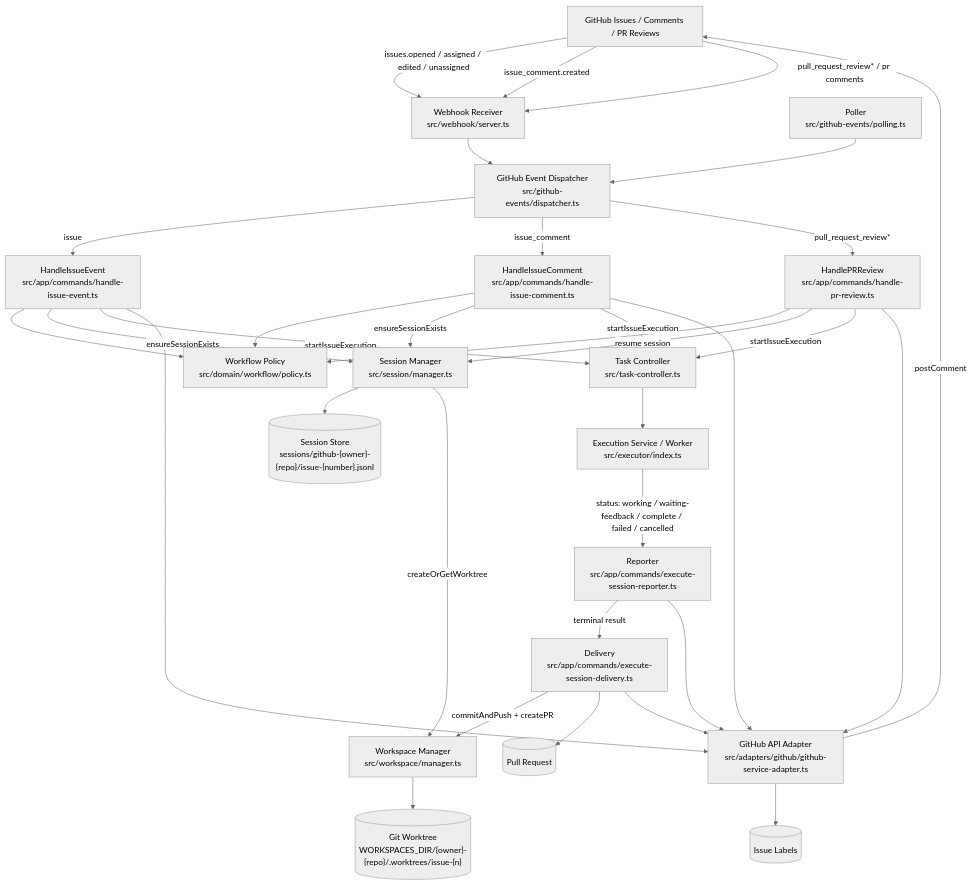
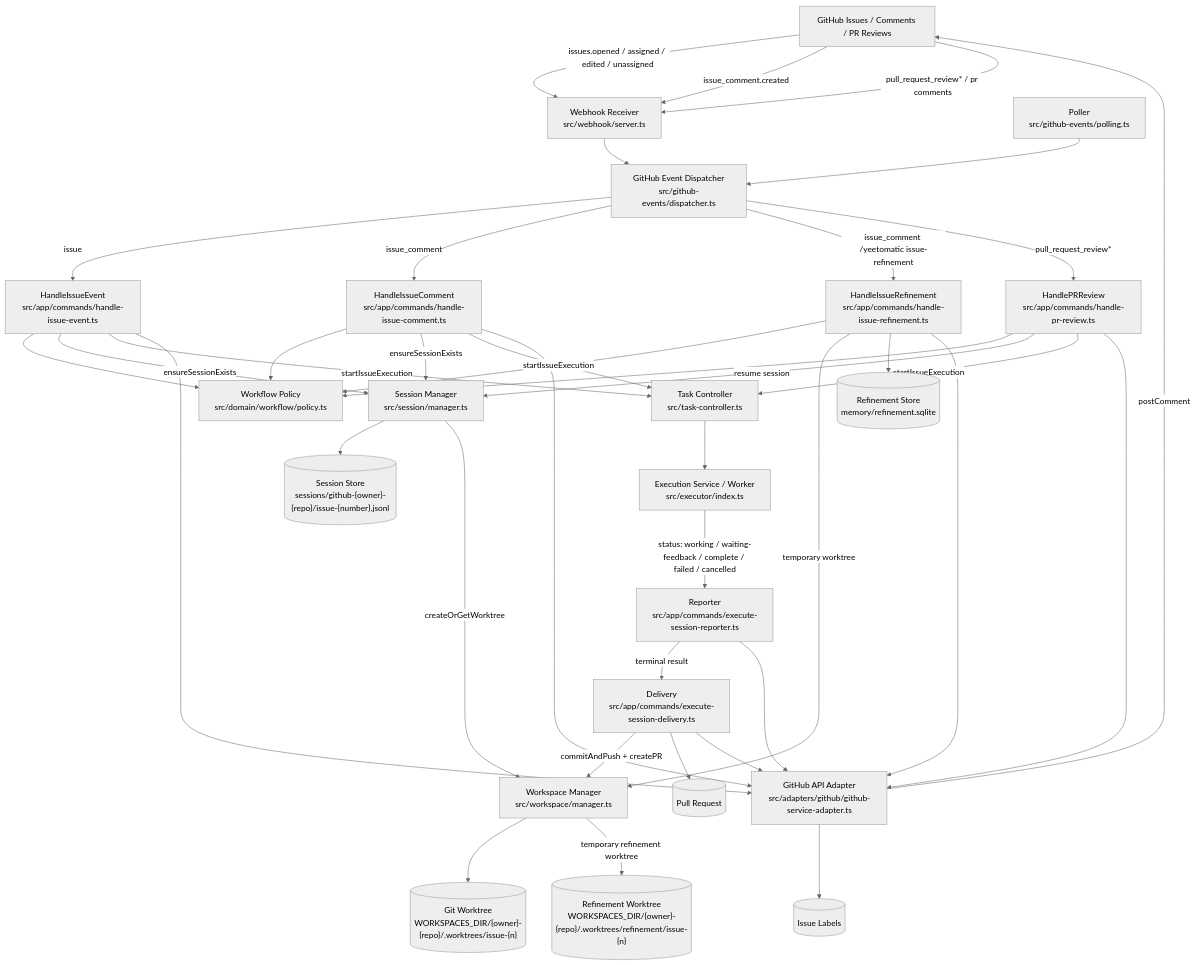
The first of 2 diagrams in README.md (mbrooks/yolomatic), drawn with Mermaid (neutral theme) before and after one commit. The commit also changed other lines of this file and 40 other files, not shown here.

First line of the commit message:
Yeetomatic: Implement issue refinement workflow

````diff
--- a/README.md
+++ b/README.md
@@ -131,59 +146,68 @@
 ```mermaid
 flowchart TD
     GH[GitHub Issues / Comments / PR Reviews]
     WH[Webhook Receiver<br/>src/webhook/server.ts]
     PD[GitHub Event Dispatcher<br/>src/github-events/dispatcher.ts]
     POL[Poller<br/>src/github-events/polling.ts]
     HIE[HandleIssueEvent<br/>src/app/commands/handle-issue-event.ts]
     HIC[HandleIssueComment<br/>src/app/commands/handle-issue-comment.ts]
+    HIR[HandleIssueRefinement<br/>src/app/commands/handle-issue-refinement.ts]
     HPR[HandlePRReview<br/>src/app/commands/handle-pr-review.ts]
     POLICY[Workflow Policy<br/>src/domain/workflow/policy.ts]
+    RS[("Refinement Store<br/>memory/refinement.sqlite")]
     SM[Session Manager<br/>src/session/manager.ts]
     SS[("Session Store<br/>sessions/github-{owner}-{repo}/issue-{number}.jsonl")]
     WM[Workspace Manager<br/>src/workspace/manager.ts]
     WT[("Git Worktree<br/>WORKSPACES_DIR/{owner}-{repo}/.worktrees/issue-{n}")]
+    RT[("Refinement Worktree<br/>WORKSPACES_DIR/{owner}-{repo}/.worktrees/refinement/issue-{n}")]
     TC[Task Controller<br/>src/task-controller.ts]
     ES[Execution Service / Worker<br/>src/executor/index.ts]
     REP[Reporter<br/>src/app/commands/execute-session-reporter.ts]
     DEL[Delivery<br/>src/app/commands/execute-session-delivery.ts]
     GH_API[GitHub API Adapter<br/>src/adapters/github/github-service-adapter.ts]
     LABELS[(Issue Labels)]
     PR[(Pull Request)]
 
     GH -->|issues.opened / assigned / edited / unassigned| WH
     GH -->|issue_comment.created| WH
     GH -->|pull_request_review* / pr comments| WH
     WH --> PD
     POL --> PD
     PD -->|issue| HIE
     PD -->|issue_comment| HIC
+    PD -->|issue_comment /yeetomatic issue-refinement| HIR
     PD -->|pull_request_review*| HPR
 
     HIE --> POLICY
     HIC --> POLICY
+    HIR --> POLICY
     HPR --> POLICY
 
     HIE -->|ensureSessionExists| SM
     HIC -->|ensureSessionExists| SM
+    HIR -->|temporary worktree| WM
     HPR -->|resume session| SM
     SM --> SS
     SM -->|createOrGetWorktree| WM
     WM --> WT
+    WM -->|temporary refinement worktree| RT
+    HIR --> RS
 
     HIE -->|startIssueExecution| TC
     HIC -->|startIssueExecution| TC
     HPR -->|startIssueExecution| TC
     TC --> ES
     ES -->|status: working / waiting-feedback / complete / failed / cancelled| REP
     REP -->|terminal result| DEL
     DEL -->|commitAndPush + createPR| WM
     DEL --> PR
 
     REP --> GH_API
     DEL --> GH_API
     HIE --> GH_API
     HIC --> GH_API
+    HIR --> GH_API
     HPR --> GH_API
     GH_API --> LABELS
     GH_API -->|postComment| GH
 ```
````
